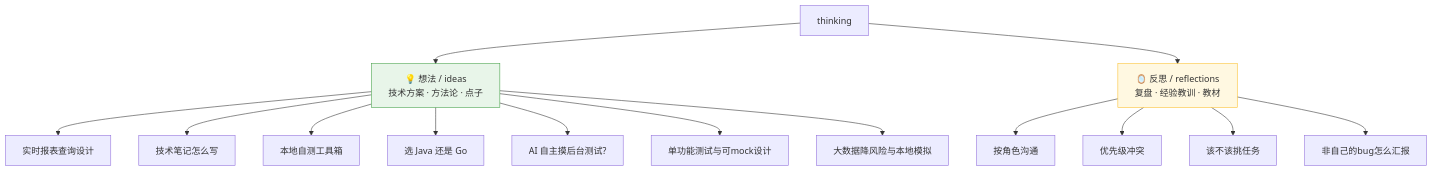
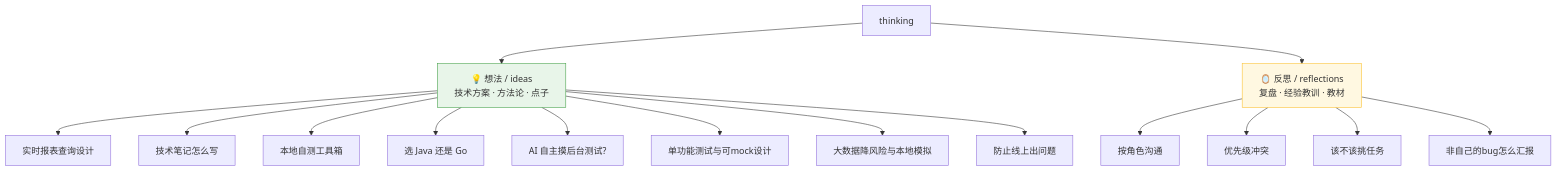
The first of 2 diagrams in docs/README.md (yishengyuan/thinking), drawn with Mermaid before and after one commit. The commit also changed other lines of this file and 1 other file, not shown here.

First line of the commit message:
docs: 新增'防止线上出问题-测试环境测不出的怎么防'并更新索引

````diff
--- a/docs/README.md
+++ b/docs/README.md
@@ -6,22 +6,23 @@
 ```mermaid
 flowchart TD
     ROOT[thinking]
     ROOT --> IDEA[💡 想法 / ideas<br/>技术方案 · 方法论 · 点子]
     ROOT --> REF[🪞 反思 / reflections<br/>复盘 · 经验教训 · 教材]
 
     IDEA --> I1[实时报表查询设计]
     IDEA --> I2[技术笔记怎么写]
     IDEA --> I3[本地自测工具箱]
     IDEA --> I4[选 Java 还是 Go]
     IDEA --> I5[AI 自主摸后台测试?]
     IDEA --> I6[单功能测试与可mock设计]
     IDEA --> I7[大数据降风险与本地模拟]
+    IDEA --> I8[防止线上出问题]
 
     REF --> R1[按角色沟通]
     REF --> R2[优先级冲突]
     REF --> R3[该不该挑任务]
     REF --> R4[非自己的bug怎么汇报]
 
     style IDEA fill:#e8f5e9,stroke:#43a047
     style REF fill:#fff8e1,stroke:#fbc02d
 ```
````
